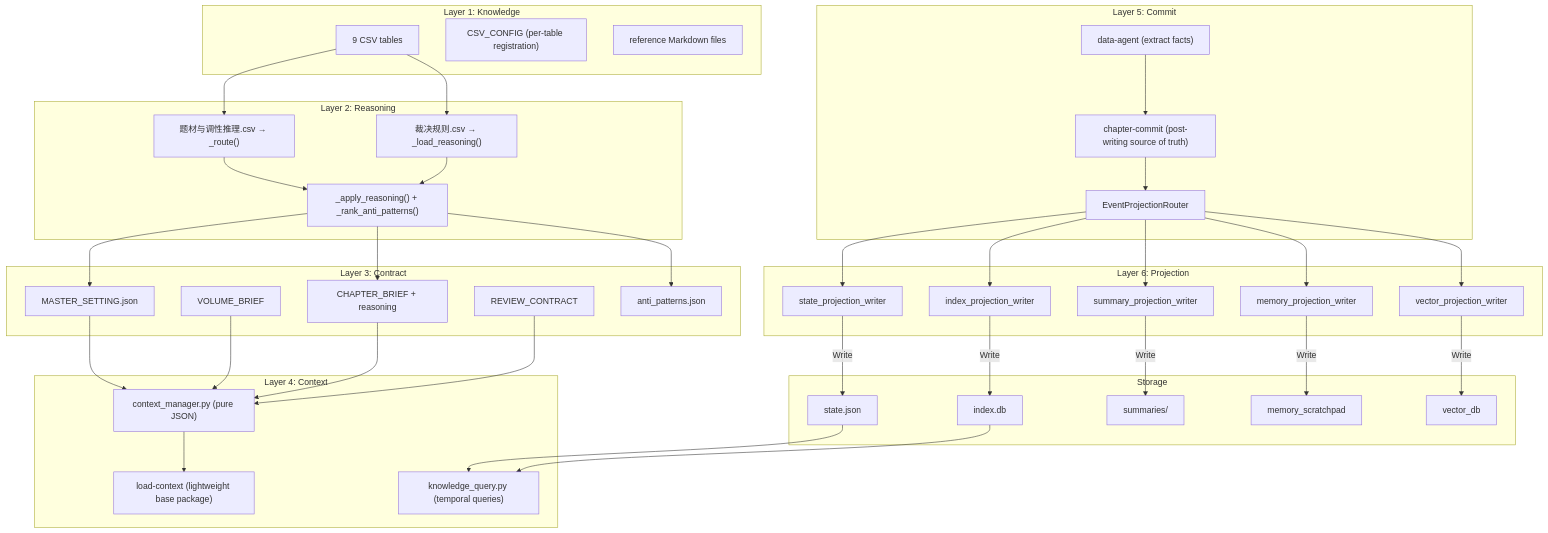
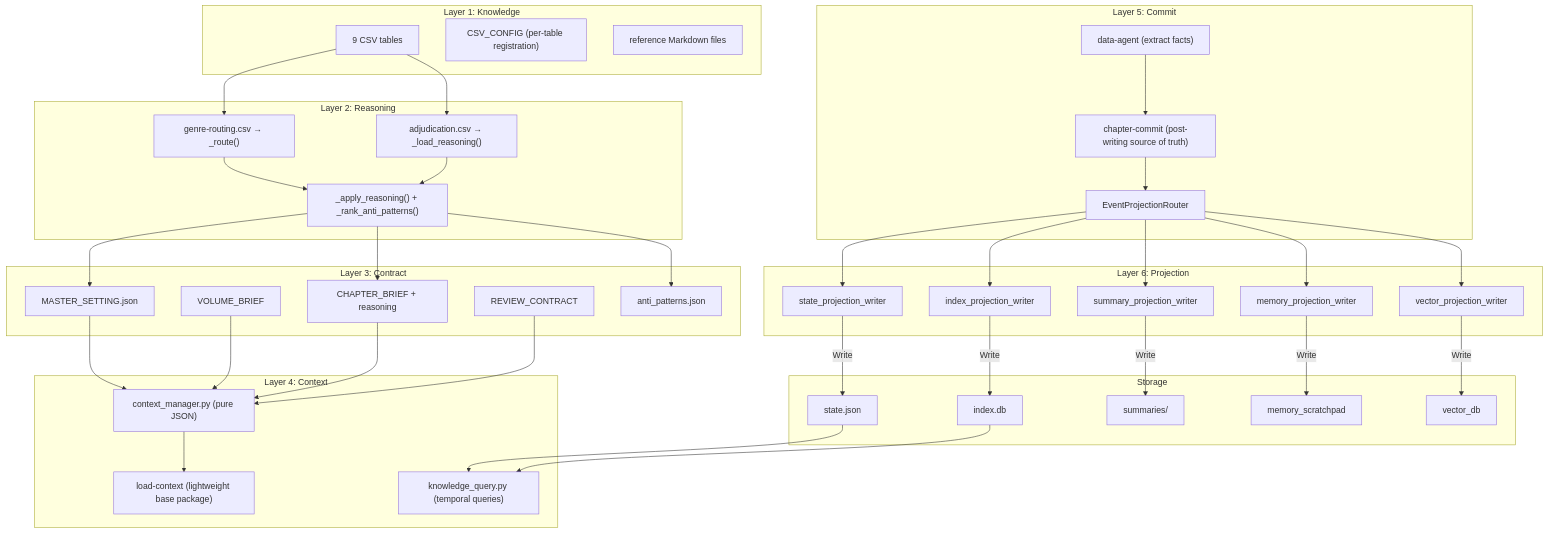
The fifth of 6 diagrams in docs/archive/architecture/system-architecture.md (ntense-ai/webnovel-writer), drawn with Mermaid before and after one commit. The commit also changed other lines of this file and 427 other files, not shown here.

Commit message:
Release 6.3.0 with English-only project schemas and source

````diff
--- a/docs/archive/architecture/system-architecture.md
+++ b/docs/archive/architecture/system-architecture.md
@@ -322,82 +322,82 @@
 ```mermaid
 graph TB
     subgraph L1["Layer 1: Knowledge"]
         CSV_TABLES["9 CSV tables"]
         CSV_CONFIG["CSV_CONFIG (per-table registration)"]
         REF_MD["reference Markdown files"]
     end
 
     subgraph L2["Layer 2: Reasoning"]
-        ROUTE["题材与调性推理.csv → _route()"]
-        REASON["裁决规则.csv → _load_reasoning()"]
+        ROUTE["genre-routing.csv → _route()"]
+        REASON["adjudication.csv → _load_reasoning()"]
         APPLY["_apply_reasoning() + _rank_anti_patterns()"]
     end
 
     subgraph L3["Layer 3: Contract"]
         MASTER["MASTER_SETTING.json"]
         VOLUME["VOLUME_BRIEF"]
         CHAPTER["CHAPTER_BRIEF + reasoning"]
         REVIEW["REVIEW_CONTRACT"]
         ANTI_P["anti_patterns.json"]
     end
 
     subgraph L4["Layer 4: Context"]
         CTX_MGR["context_manager.py (pure JSON)"]
         LOAD_CTX["load-context (lightweight base package)"]
         KNOW_Q["knowledge_query.py (temporal queries)"]
     end
 
     subgraph L5["Layer 5: Commit"]
         DA["data-agent (extract facts)"]
         COMMIT_SVC["chapter-commit (post-writing source of truth)"]
         PROJ_ROUTER["EventProjectionRouter"]
     end
 
     subgraph L6["Layer 6: Projection"]
         PW_STATE["state_projection_writer"]
         PW_INDEX["index_projection_writer"]
         PW_SUMMARY["summary_projection_writer"]
         PW_MEMORY["memory_projection_writer"]
         PW_VECTOR["vector_projection_writer"]
     end
 
     subgraph STORES["Storage"]
         S_STATE["state.json"]
         S_INDEX["index.db"]
         S_SUMMARY["summaries/"]
         S_MEMORY["memory_scratchpad"]
         S_VECTOR["vector_db"]
     end
 
     CSV_TABLES --> ROUTE
     CSV_TABLES --> REASON
     ROUTE --> APPLY
     REASON --> APPLY
     APPLY --> MASTER
     APPLY --> CHAPTER
     APPLY --> ANTI_P
 
     MASTER --> CTX_MGR
     VOLUME --> CTX_MGR
     CHAPTER --> CTX_MGR
     REVIEW --> CTX_MGR
     CTX_MGR --> LOAD_CTX
 
     S_STATE --> KNOW_Q
     S_INDEX --> KNOW_Q
 
     DA --> COMMIT_SVC
     COMMIT_SVC --> PROJ_ROUTER
 
     PROJ_ROUTER --> PW_STATE
     PROJ_ROUTER --> PW_INDEX
     PROJ_ROUTER --> PW_SUMMARY
     PROJ_ROUTER --> PW_MEMORY
     PROJ_ROUTER --> PW_VECTOR
 
     PW_STATE -->|"Write"| S_STATE
     PW_INDEX -->|"Write"| S_INDEX
     PW_SUMMARY -->|"Write"| S_SUMMARY
     PW_MEMORY -->|"Write"| S_MEMORY
     PW_VECTOR -->|"Write"| S_VECTOR
 ```
````
